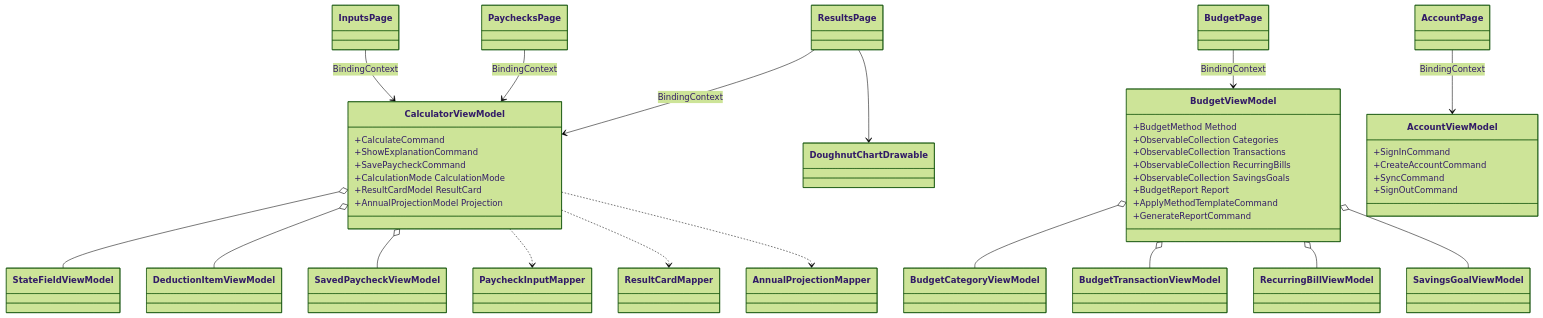
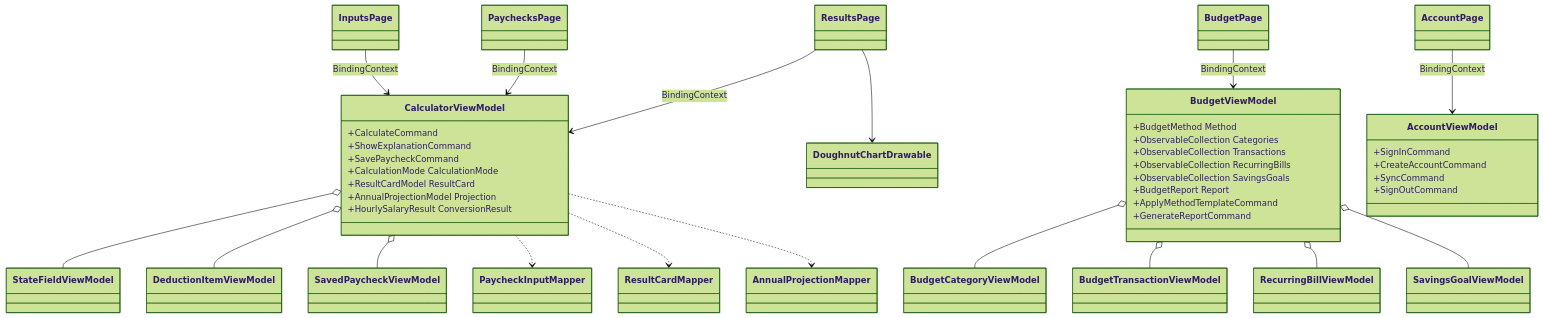
Before and after one commit to Fibonacci-0112/PaycheckCalculator: the sixth of 9 diagrams in docs/class-diagram.md, drawn with Mermaid (forest theme). The commit also changed other lines of this file and 29 other files, not shown here.

First line of the commit message:
Ship hourly↔salary converter, persist anonymous web data, fix doc drift

````diff
--- a/docs/class-diagram.md
+++ b/docs/class-diagram.md
@@ -407,63 +407,64 @@
 ```mermaid
 classDiagram
     direction TB
 
     class InputsPage
     class ResultsPage
     class PaychecksPage
     class BudgetPage
     class AccountPage
 
     class CalculatorViewModel {
         +CalculateCommand
         +ShowExplanationCommand
         +SavePaycheckCommand
         +CalculationMode CalculationMode
         +ResultCardModel ResultCard
         +AnnualProjectionModel Projection
+        +HourlySalaryResult ConversionResult
     }
     class BudgetViewModel {
         +BudgetMethod Method
         +ObservableCollection Categories
         +ObservableCollection Transactions
         +ObservableCollection RecurringBills
         +ObservableCollection SavingsGoals
         +BudgetReport Report
         +ApplyMethodTemplateCommand
         +GenerateReportCommand
     }
     class AccountViewModel {
         +SignInCommand
         +CreateAccountCommand
         +SyncCommand
         +SignOutCommand
     }
     class StateFieldViewModel
     class DeductionItemViewModel
     class SavedPaycheckViewModel
     class BudgetCategoryViewModel
     class BudgetTransactionViewModel
     class RecurringBillViewModel
     class SavingsGoalViewModel
     class PaycheckInputMapper
     class ResultCardMapper
     class AnnualProjectionMapper
     class DoughnutChartDrawable
 
     InputsPage --> CalculatorViewModel : BindingContext
     ResultsPage --> CalculatorViewModel : BindingContext
     PaychecksPage --> CalculatorViewModel : BindingContext
     BudgetPage --> BudgetViewModel : BindingContext
     AccountPage --> AccountViewModel : BindingContext
     CalculatorViewModel o-- StateFieldViewModel
     CalculatorViewModel o-- DeductionItemViewModel
     CalculatorViewModel o-- SavedPaycheckViewModel
     BudgetViewModel o-- BudgetCategoryViewModel
     BudgetViewModel o-- BudgetTransactionViewModel
     BudgetViewModel o-- RecurringBillViewModel
     BudgetViewModel o-- SavingsGoalViewModel
     CalculatorViewModel ..> PaycheckInputMapper
     CalculatorViewModel ..> ResultCardMapper
     CalculatorViewModel ..> AnnualProjectionMapper
     ResultsPage --> DoughnutChartDrawable
 ```
````
